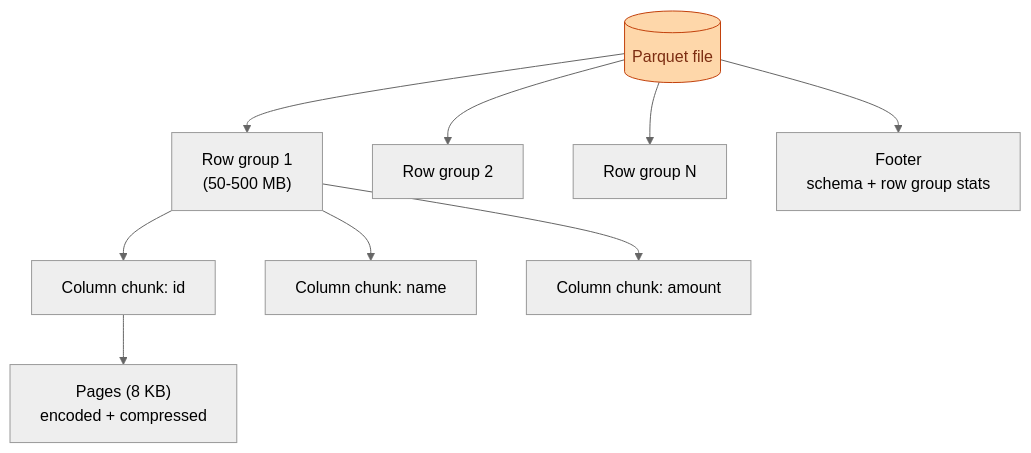
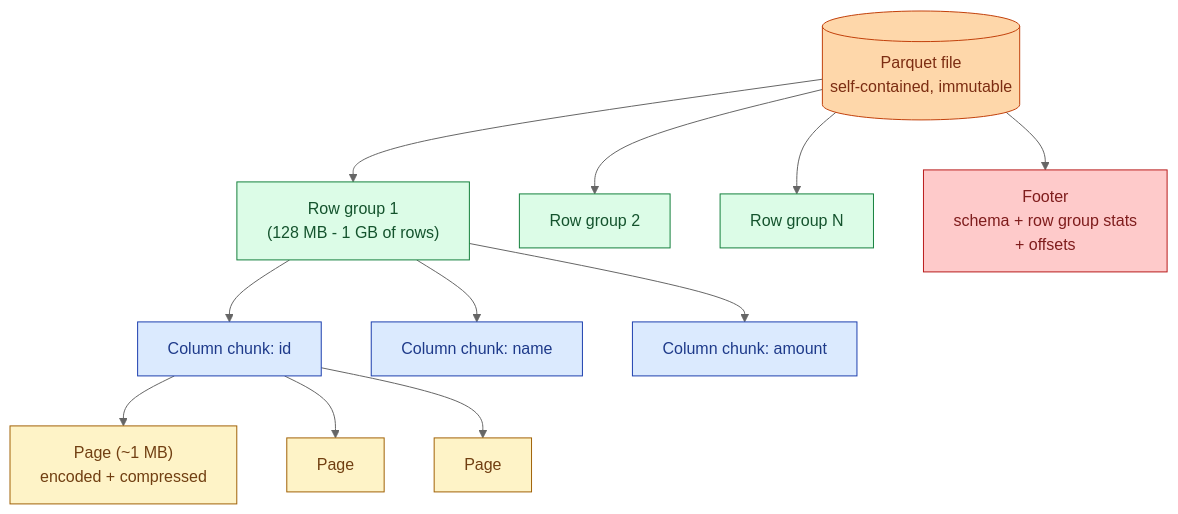
Before and after one commit to shiningflash/shiningflash.github.io: the first of 2 diagrams in _de_concepts/017-parquet.md, drawn with Mermaid (neutral theme). The commit also changed other lines of this file and 69 other files, not shown here.

````diff
--- a/_de_concepts/017-parquet.md
+++ b/_de_concepts/017-parquet.md
@@ -12,14 +16,20 @@
 ```mermaid
 flowchart TB
-    F[("Parquet file")]:::f
-    F --> RG1["Row group 1<br/>(50-500 MB)"]
-    F --> RG2["Row group 2"]
-    F --> RG3["Row group N"]
-    RG1 --> CC1["Column chunk: id"]
-    RG1 --> CC2["Column chunk: name"]
-    RG1 --> CC3["Column chunk: amount"]
-    CC1 --> P["Pages (8 KB)<br/>encoded + compressed"]
-    F --> FT["Footer<br/>schema + row group stats"]
+    F[("Parquet file<br/>self-contained, immutable")]:::f
+    F --> RG1["Row group 1<br/>(128 MB - 1 GB of rows)"]:::g
+    F --> RG2["Row group 2"]:::g
+    F --> RGN["Row group N"]:::g
+    F --> FT["Footer<br/>schema + row group stats<br/>+ offsets"]:::y
+    RG1 --> CC1["Column chunk: id"]:::a
+    RG1 --> CC2["Column chunk: name"]:::a
+    RG1 --> CC3["Column chunk: amount"]:::a
+    CC1 --> P1["Page (~1 MB)<br/>encoded + compressed"]:::b
+    CC1 --> P2["Page"]:::b
+    CC1 --> P3["Page"]:::b
 
     classDef f fill:#fed7aa,stroke:#c2410c,color:#7c2d12
+    classDef g fill:#dcfce7,stroke:#15803d,color:#14532d
+    classDef a fill:#dbeafe,stroke:#1e40af,color:#1e3a8a
+    classDef b fill:#fef3c7,stroke:#a16207,color:#713f12
+    classDef y fill:#fecaca,stroke:#b91c1c,color:#7f1d1d
 ```
````
